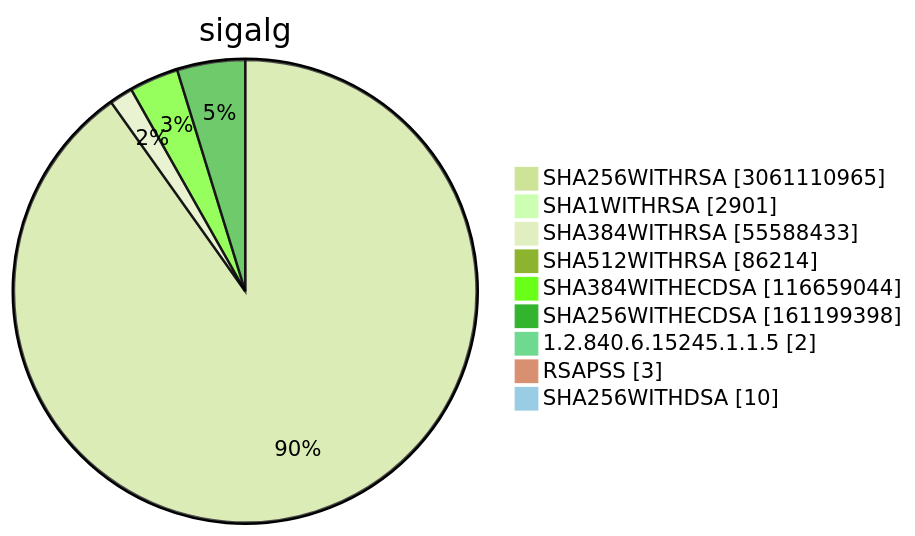
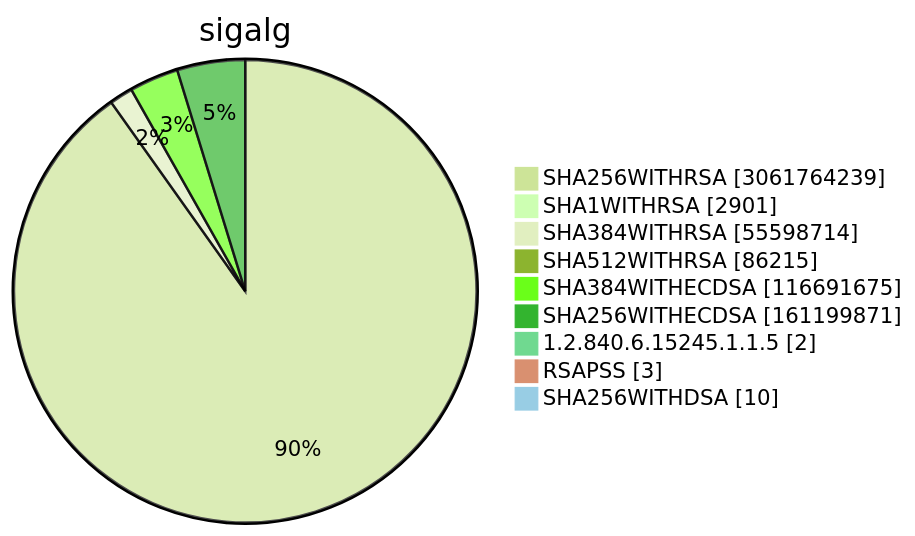
Before and after one commit to christiankrug/ctmonitor_visualization: diagram 15 of 15 in TOTAL/README.md, drawn with Mermaid (forest theme). The commit also changed other lines of this file, not shown here.

````diff
--- a/TOTAL/README.md
+++ b/TOTAL/README.md
@@ -6209,13 +6209,13 @@
 ```mermaid
 pie showData
 title sigalg
-"SHA256WITHRSA" :3061110965
+"SHA256WITHRSA" :3061764239
 "SHA1WITHRSA" :2901
-"SHA384WITHRSA" :55588433
-"SHA512WITHRSA" :86214
-"SHA384WITHECDSA" :116659044
-"SHA256WITHECDSA" :161199398
+"SHA384WITHRSA" :55598714
+"SHA512WITHRSA" :86215
+"SHA384WITHECDSA" :116691675
+"SHA256WITHECDSA" :161199871
 "1.2.840.6.15245.1.1.5" :2
 "RSAPSS" :3
 "SHA256WITHDSA" :10
 ```
````
